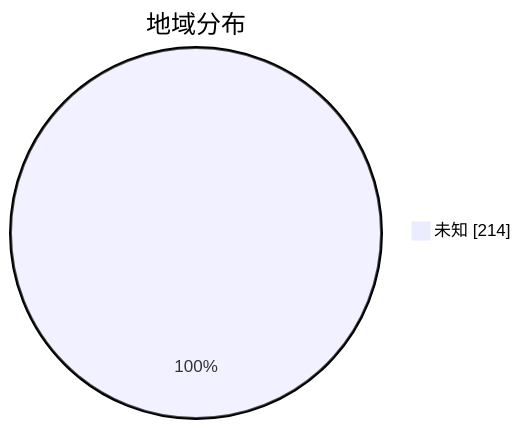
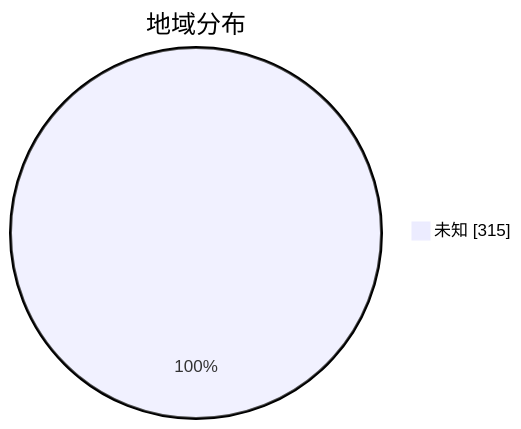
Before and after one commit to qjlxg/airport: the second of 3 diagrams in subs/statistics/tested_within.md, drawn with Mermaid. The commit also changed other lines of this file and 2 other files, not shown here.

````diff
--- a/subs/statistics/tested_within.md
+++ b/subs/statistics/tested_within.md
@@ -12,5 +15,5 @@
 ```mermaid
 pie showData
 title 地域分布
-"未知" : 214
+"未知" : 315
 ```
````
